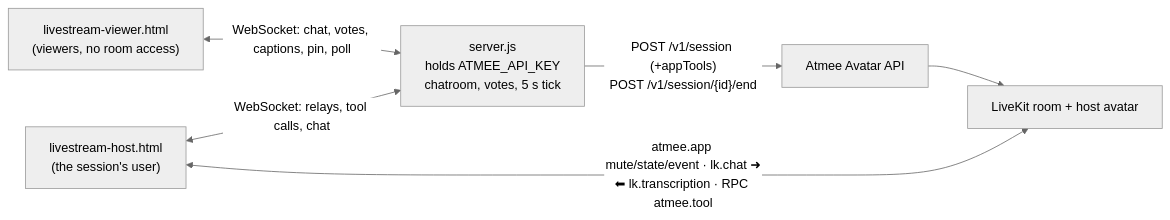
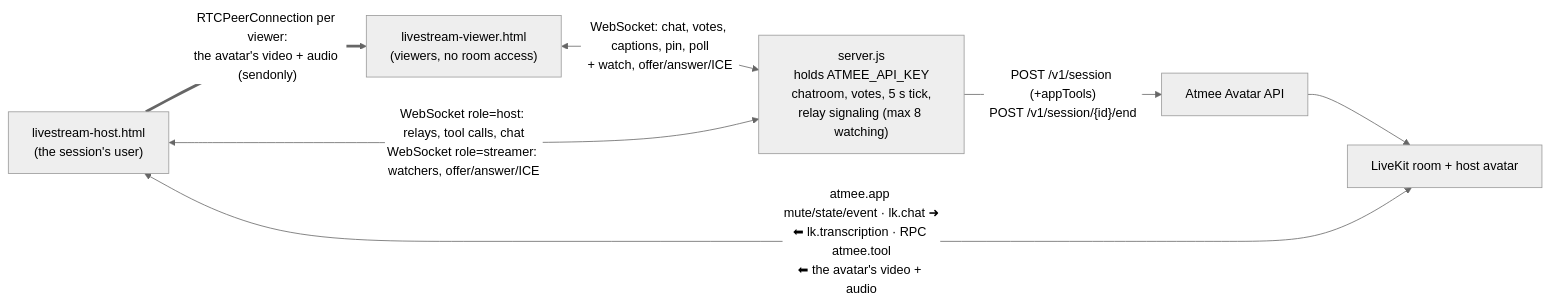
The diagram in apps/livestream/README.md (Atmanity/atmee-ai-demos), drawn with Mermaid (neutral theme) before and after one commit. The commit also changed other lines of this file and 5 other files, not shown here.

First line of the commit message:
feat: let Nightcap viewers watch the stream, with a streamer/viewer switch

````diff
--- a/apps/livestream/README.md
+++ b/apps/livestream/README.md
@@ -27,8 +29,9 @@
 ```mermaid
 flowchart LR
-  V["livestream-viewer.html<br/>(viewers, no room access)"] <-- "WebSocket: chat, votes, captions, pin, poll" --> S["server.js<br/>holds ATMEE_API_KEY<br/>chatroom, votes, 5 s tick"]
-  H["livestream-host.html<br/>(the session's user)"] <-- "WebSocket: relays, tool calls, chat" --> S
+  V["livestream-viewer.html<br/>(viewers, no room access)"] <-- "WebSocket: chat, votes, captions, pin, poll<br/>+ watch, offer/answer/ICE" --> S["server.js<br/>holds ATMEE_API_KEY<br/>chatroom, votes, 5 s tick,<br/>relay signaling (max 8 watching)"]
+  H["livestream-host.html<br/>(the session's user)"] <-- "WebSocket role=host: relays, tool calls, chat<br/>WebSocket role=streamer: watchers, offer/answer/ICE" --> S
   S -- "POST /v1/session (+appTools)<br/>POST /v1/session/{id}/end" --> A["Atmee Avatar API"]
   A --> R["LiveKit room + host avatar"]
-  H <-- "atmee.app mute/state/event · lk.chat ➜<br/>⬅ lk.transcription · RPC atmee.tool" --> R
+  H <-- "atmee.app mute/state/event · lk.chat ➜<br/>⬅ lk.transcription · RPC atmee.tool<br/>⬅ the avatar's video + audio" --> R
+  H == "RTCPeerConnection per viewer:<br/>the avatar's video + audio (sendonly)" ==> V
 ```
````
